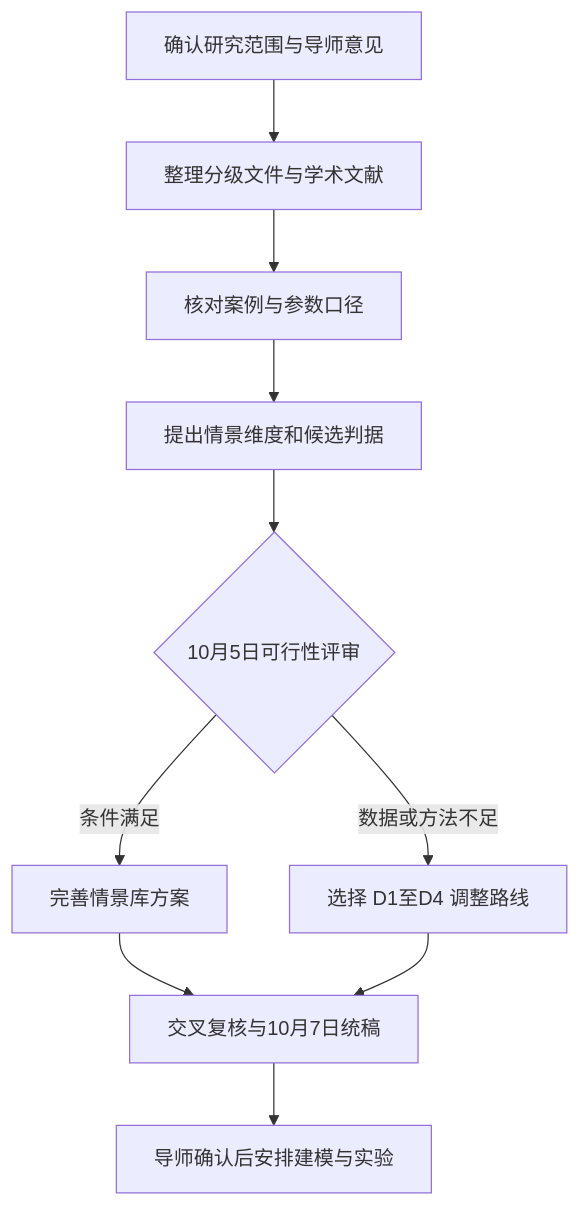
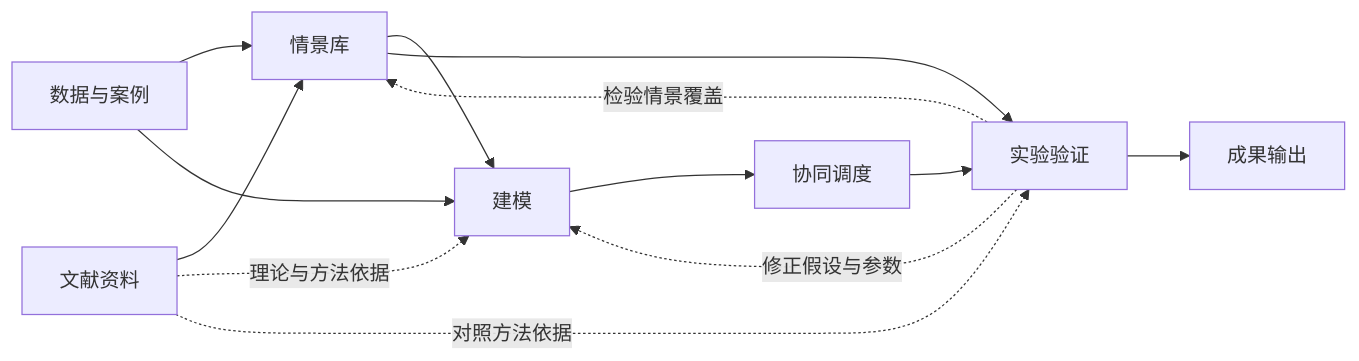
Before and after one commit to QYDJJD/jiaokesai: the diagram in README.md, drawn with Mermaid. The commit also changed other lines of this file and 24 other files, not shown here.

````diff
--- a/README.md
+++ b/README.md
@@ -13,12 +9,15 @@
 ```mermaid
-flowchart TD
-    A[确认研究范围与导师意见] --> B[整理分级文件与学术文献]
-    B --> C[核对案例与参数口径]
-    C --> D[提出情景维度和候选判据]
-    D --> E{10月5日可行性评审}
-    E -->|条件满足| F[完善情景库方案]
-    E -->|数据或方法不足| G[选择 D1至D4 调整路线]
-    F --> H[交叉复核与10月7日统稿]
-    G --> H
-    H --> I[导师确认后安排建模与实验]
+flowchart LR
+    L[文献资料] --> S[情景库]
+    D[数据与案例] --> S
+    S --> M[建模]
+    D --> M
+    M --> C[协同调度]
+    C --> E[实验验证]
+    S --> E
+    E --> O[成果输出]
+    E -.修正假设与参数.-> M
+    E -.检验情景覆盖.-> S
+    L -.理论与方法依据.-> M
+    L -.对照方法依据.-> E
 ```
````
